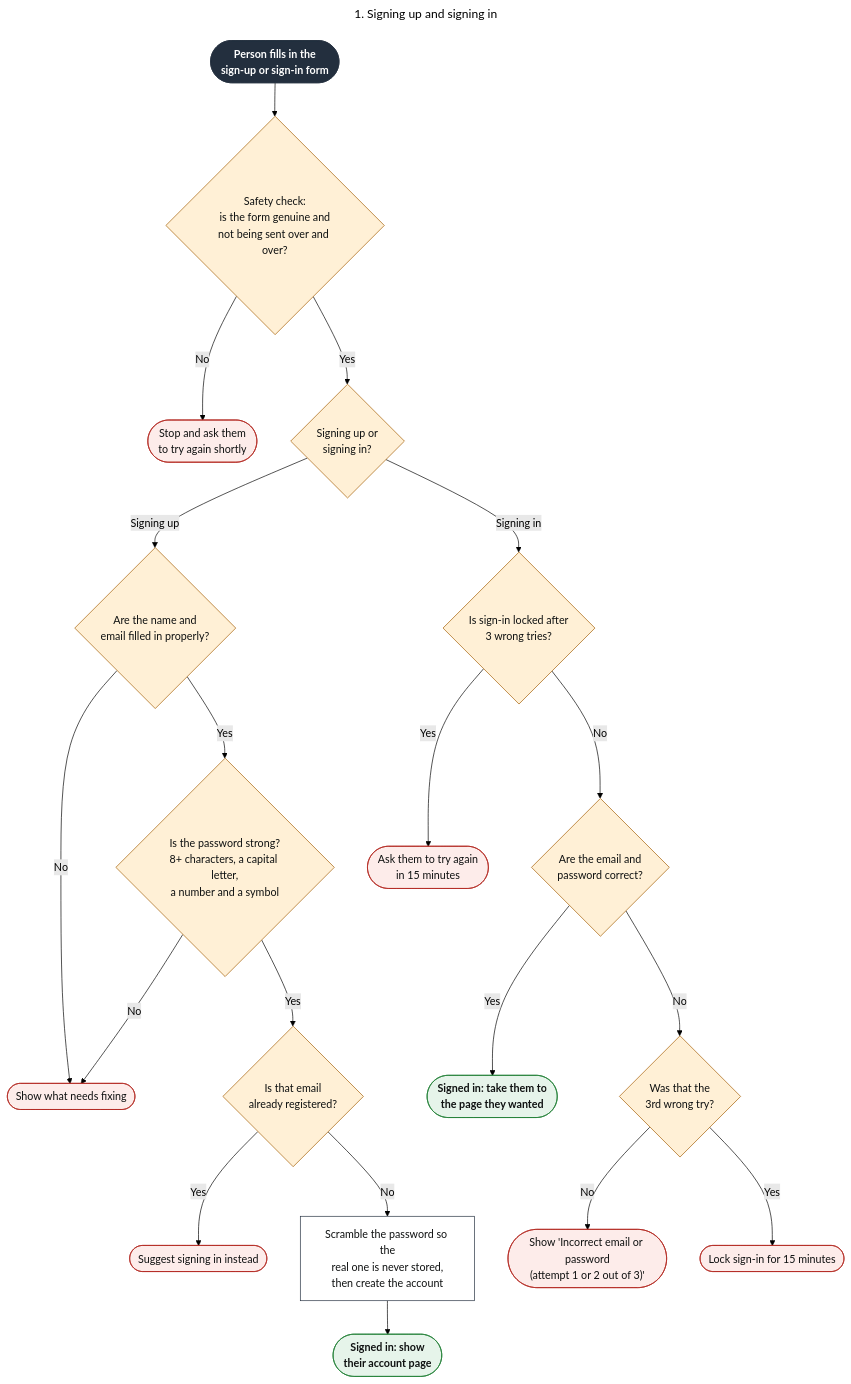
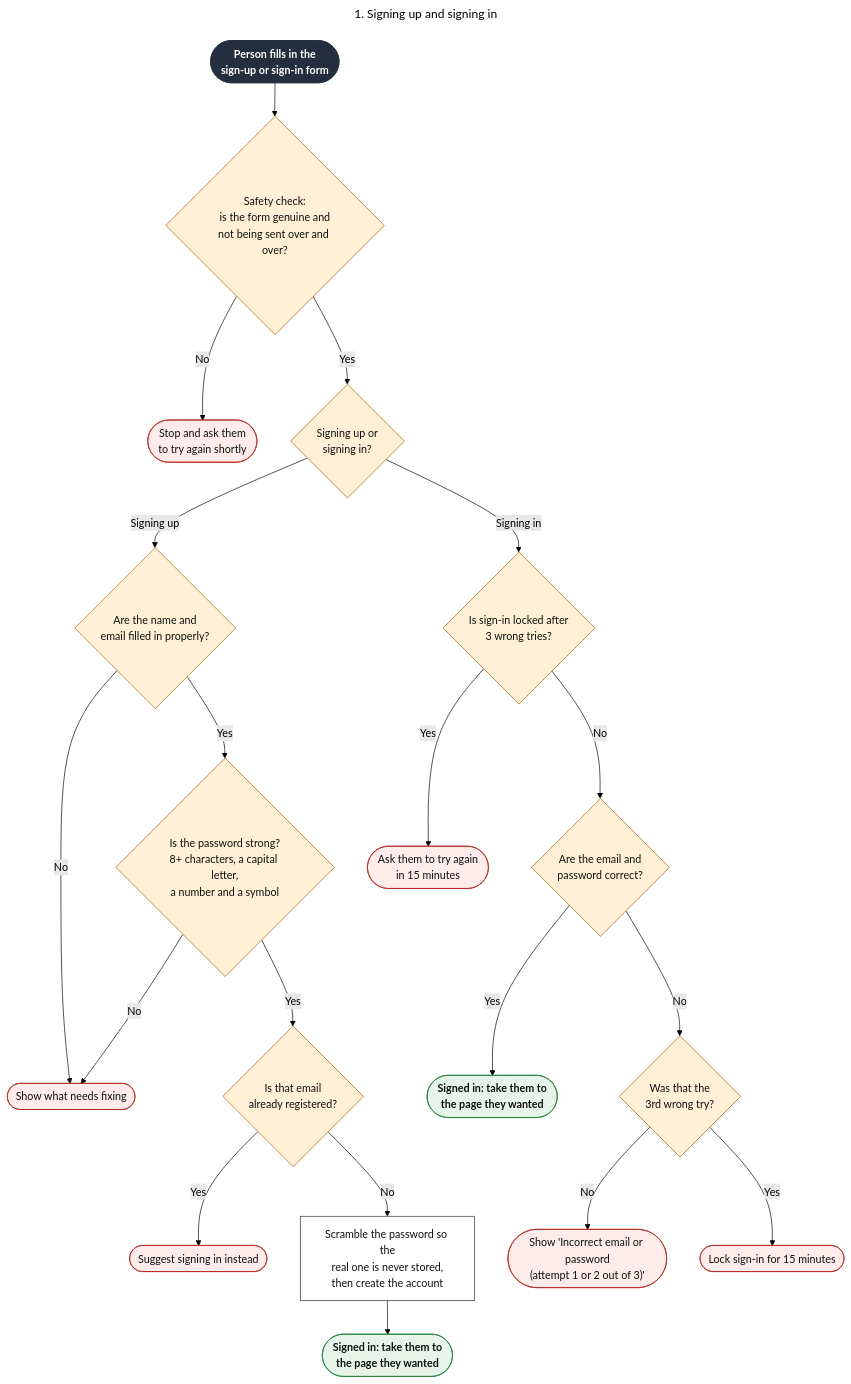
Before and after one commit to lucideds/bristol-gp: the diagram in docs/flowcharts/1-register-login.mmd, drawn with Mermaid (forest theme). The commit also changed 10 other files, not shown here.

```diff
--- a/docs/flowcharts/1-register-login.mmd
+++ b/docs/flowcharts/1-register-login.mmd
@@ -1,31 +1,31 @@
 ---
 title: "1. Signing up and signing in"
 ---
 flowchart TD
     S([Person fills in the<br/>sign-up or sign-in form]):::start --> G{Safety check:<br/>is the form genuine and<br/>not being sent over and over?}:::question
     G -- No --> GX([Stop and ask them<br/>to try again shortly]):::stop
     G -- Yes --> F{Signing up or<br/>signing in?}:::question
 
     F -- Signing up --> U1{Are the name and<br/>email filled in properly?}:::question
     U1 -- No --> UX([Show what needs fixing]):::stop
     U1 -- Yes --> U2{Is the password strong?<br/>8+ characters, a capital letter,<br/>a number and a symbol}:::question
     U2 -- No --> UX
     U2 -- Yes --> U3{Is that email<br/>already registered?}:::question
     U3 -- Yes --> UX2([Suggest signing in instead]):::stop
     U3 -- No --> U4[Scramble the password so the<br/>real one is never stored,<br/>then create the account]:::step
-    U4 --> OK1([Signed in: show<br/>their account page]):::good
+    U4 --> OK1([Signed in: take them to<br/>the page they wanted]):::good
 
     F -- Signing in --> I1{Is sign-in locked after<br/>3 wrong tries?}:::question
     I1 -- Yes --> IX1([Ask them to try again<br/>in 15 minutes]):::stop
     I1 -- No --> I2{Are the email and<br/>password correct?}:::question
     I2 -- Yes --> OK2([Signed in: take them to<br/>the page they wanted]):::good
     I2 -- No --> I3{Was that the<br/>3rd wrong try?}:::question
     I3 -- No --> IX2(["Show 'Incorrect email or password<br/>(attempt 1 or 2 out of 3)'"]):::stop
     I3 -- Yes --> IX3([Lock sign-in for 15 minutes]):::stop
 
     classDef start fill:#232f3e,stroke:#232f3e,color:#ffffff,font-weight:bold
     classDef step fill:#ffffff,stroke:#232f3e,color:#0f1111
     classDef question fill:#fff0d6,stroke:#a35c00,color:#0f1111
     classDef good fill:#e6f4ea,stroke:#1e7e34,color:#0f1111,font-weight:bold
     classDef stop fill:#fdecea,stroke:#b3261e,color:#0f1111
     classDef note fill:#f0f2f2,stroke:#6f7777,color:#0f1111,stroke-dasharray:4 3
```
